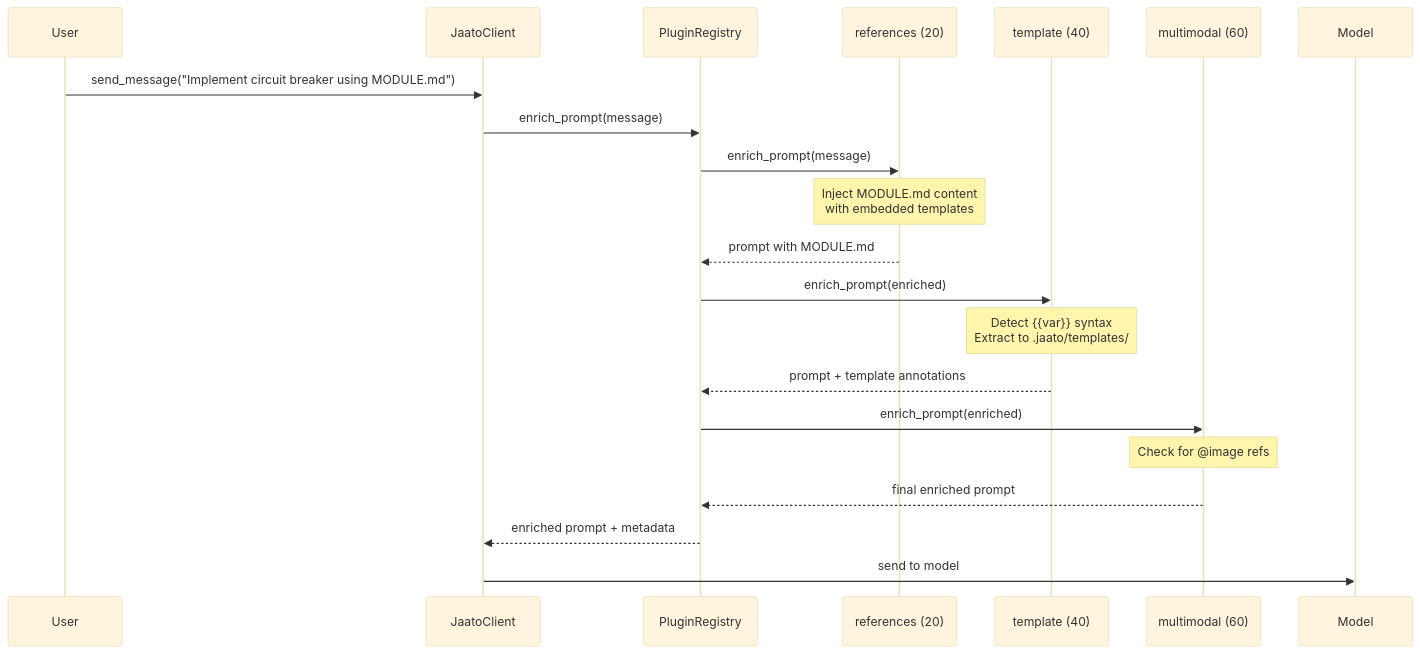
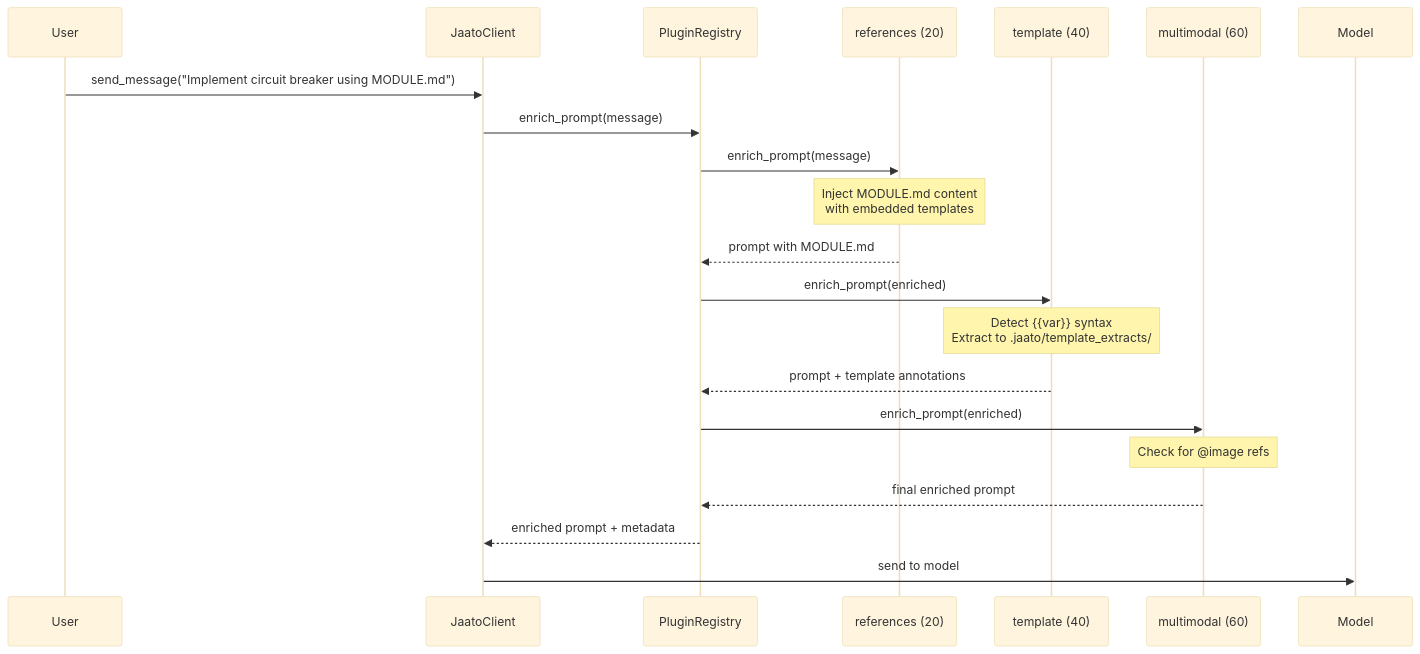
The fourth of 6 diagrams in docs/architecture.md (Jaato-framework-and-examples/jaato), drawn with Mermaid (base theme) before and after one commit. The commit also changed other lines of this file and 9 other files, not shown here.

````diff
--- a/docs/architecture.md
+++ b/docs/architecture.md
@@ -882,24 +882,24 @@
 ```mermaid
 sequenceDiagram
     participant User
     participant JC as JaatoClient
     participant PR as PluginRegistry
     participant Ref as references (20)
     participant Tmpl as template (40)
     participant Multi as multimodal (60)
     participant Model
 
     User->>JC: send_message("Implement circuit breaker using MODULE.md")
     JC->>PR: enrich_prompt(message)
     PR->>Ref: enrich_prompt(message)
     Note over Ref: Inject MODULE.md content<br/>with embedded templates
     Ref-->>PR: prompt with MODULE.md
     PR->>Tmpl: enrich_prompt(enriched)
-    Note over Tmpl: Detect {{var}} syntax<br/>Extract to .jaato/templates/
+    Note over Tmpl: Detect {{var}} syntax<br/>Extract to .jaato/template_extracts/
     Tmpl-->>PR: prompt + template annotations
     PR->>Multi: enrich_prompt(enriched)
     Note over Multi: Check for @image refs
     Multi-->>PR: final enriched prompt
     PR-->>JC: enriched prompt + metadata
     JC->>Model: send to model
 ```
````
